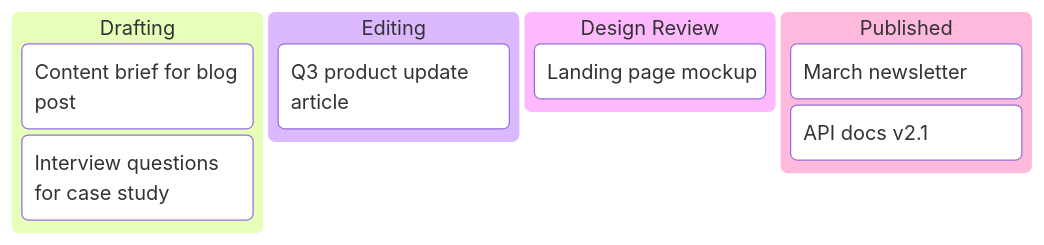
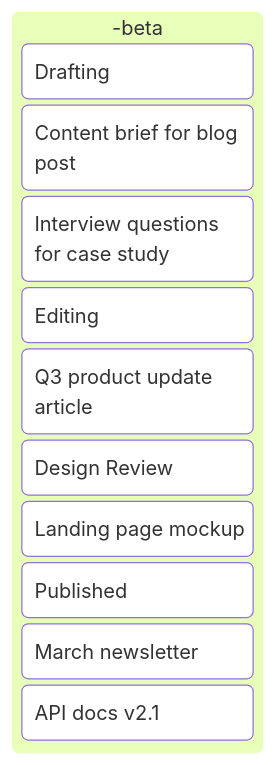
Before and after one commit to product-on-purpose/pm-skills: the seventh of 30 diagrams in skills/utility-mermaid-diagrams/references/diagram-catalog.md, drawn with Mermaid. The commit also changed other lines of this file and 21 other files, not shown here.

````diff
--- a/skills/utility-mermaid-diagrams/references/diagram-catalog.md
+++ b/skills/utility-mermaid-diagrams/references/diagram-catalog.md
@@ -280,13 +280,13 @@
 ```mermaid
-kanban
+kanban-beta
     Drafting
         Content brief for blog post
         Interview questions for case study
     Editing
         Q3 product update article
     Design Review
         Landing page mockup
     Published
         March newsletter
         API docs v2.1
 ```
````
